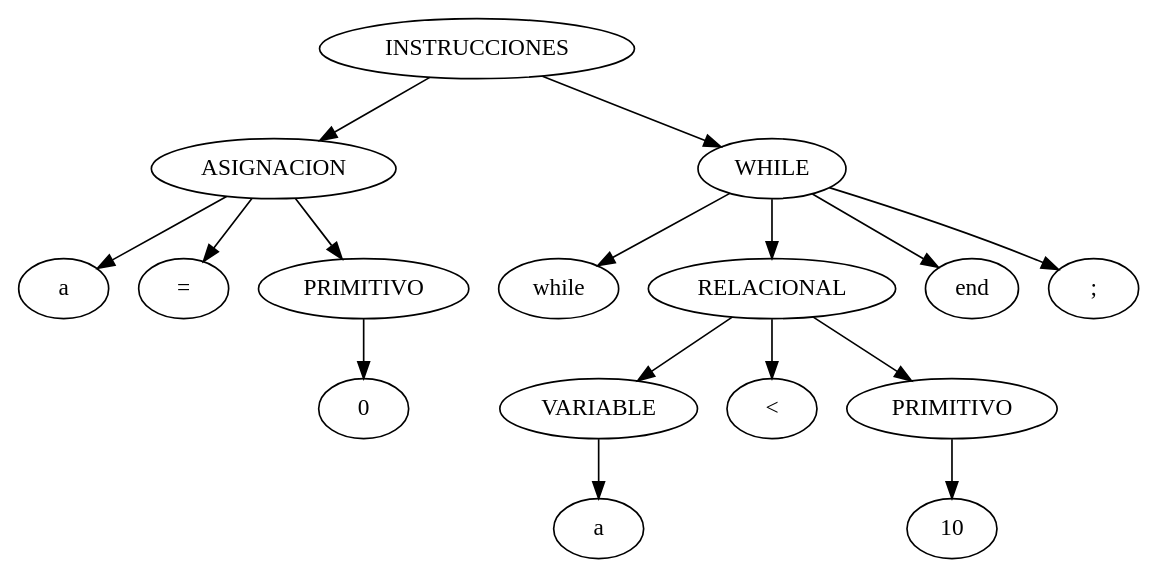
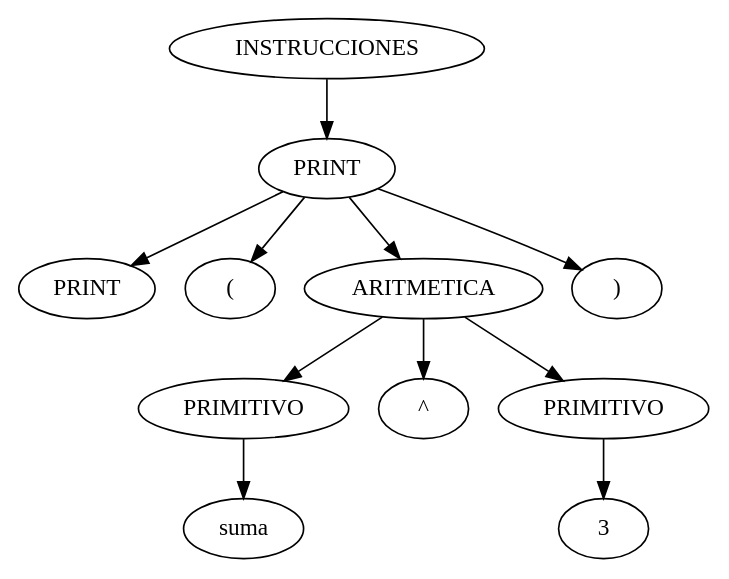
One commit to AaronGMG2000/OLC2_2S21_201903872_PROYECTO1 changed the diagram in API/reportes/AST.dot. Above: the diagram before and after it, drawn with Graphviz. The commit also changed 11 other files, not shown here.

```diff
--- a/API/reportes/AST.dot
+++ b/API/reportes/AST.dot
@@ -1,33 +1,23 @@
 digraph {
 n0[label="INSTRUCCIONES"];
-n1[label="ASIGNACION"];
+n1[label="PRINT"];
 n0->n1;
-n2[label="a"];
+n2[label="PRINT"];
 n1->n2;
-n3[label="="];
+n3[label="("];
 n1->n3;
-n4[label="PRIMITIVO"];
+n4[label="ARITMETICA"];
 n1->n4;
-n5[label="0"];
+n5[label="PRIMITIVO"];
 n4->n5;
-n6[label="WHILE"];
-n0->n6;
-n7[label="while"];
-n6->n7;
-n8[label="RELACIONAL"];
-n6->n8;
-n9[label="VARIABLE"];
+n6[label="suma"];
+n5->n6;
+n7[label="^"];
+n4->n7;
+n8[label="PRIMITIVO"];
+n4->n8;
+n9[label="3"];
 n8->n9;
-n10[label="a"];
-n9->n10;
-n11[label="<"];
-n8->n11;
-n12[label="PRIMITIVO"];
-n8->n12;
-n13[label="10"];
-n12->n13;
-n14[label="end"];
-n6->n14;
-n15[label=";"];
-n6->n15;
+n10[label=")"];
+n1->n10;
 }
```
